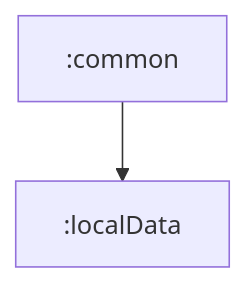
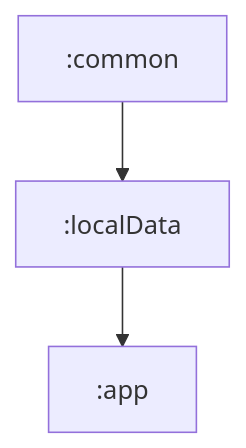
One commit to MarcelMilka/SayItAgain changed the second of 2 diagrams in localData/README.md. Above: the diagram before and after it, drawn with Mermaid. The commit also changed other lines of this file, not shown here.

Commit message:
docs: update README of :localData

````diff
--- a/localData/README.md
+++ b/localData/README.md
@@ -83,7 +89,8 @@
 ```mermaid
 flowchart TD
     COMMON[:common]
     LOCAL_DATA[:localData]
+    APP[:app]
 
-    COMMON --> LOCAL_DATA   
+    COMMON --> LOCAL_DATA --> APP
 ```
````
